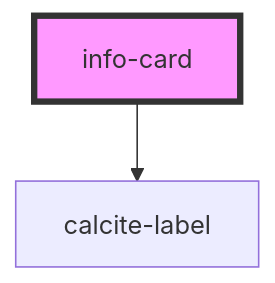
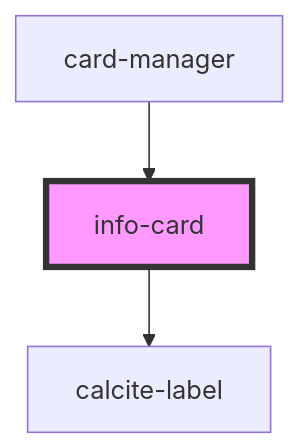
The diagram in src/components/info-card/readme.md (Esri/solutions-components), drawn with Mermaid before and after one commit. The commit also changed other lines of this file and 8 other files, not shown here.

First line of the commit message:
add some logic for card-manager

````diff
--- a/src/components/info-card/readme.md
+++ b/src/components/info-card/readme.md
@@ -23,5 +27,6 @@
 ```mermaid
 graph TD;
   info-card --> calcite-label
+  card-manager --> info-card
   style info-card fill:#f9f,stroke:#333,stroke-width:4px
 ```
````
